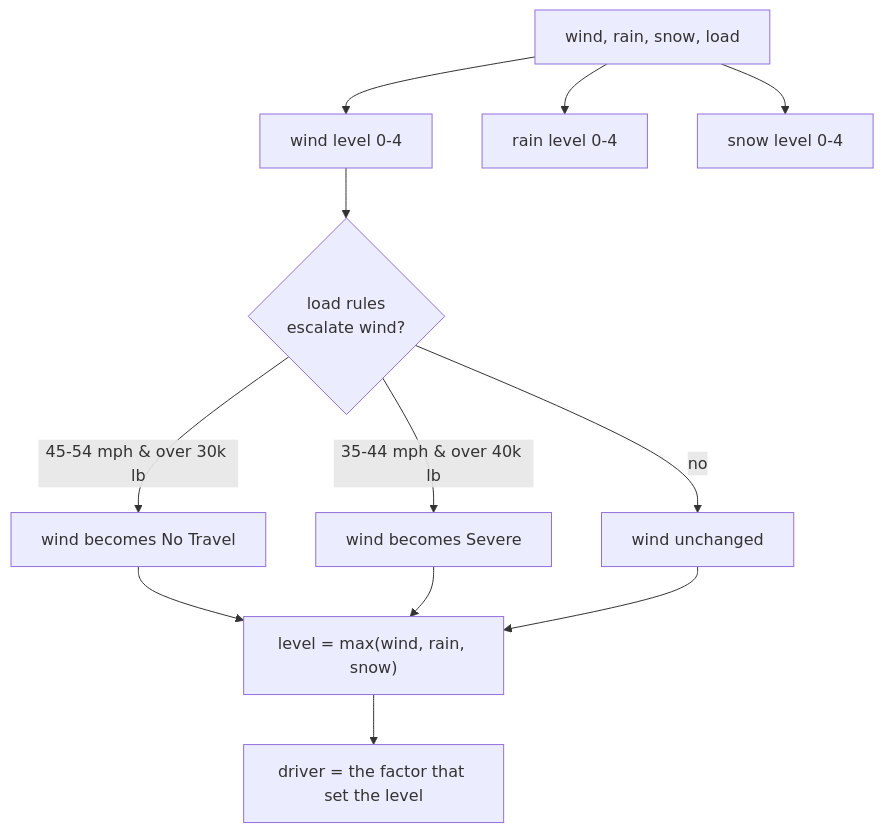
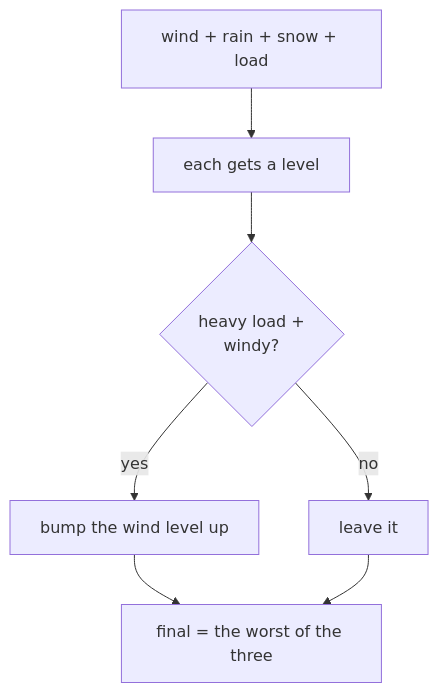
One commit to Maham-Anwaar/truck-routing changed the third of 5 diagrams in docs/WALKTHROUGH.md. Above: the diagram before and after it, drawn with Mermaid. The commit also changed other lines of this file, not shown here.

````diff
--- a/docs/WALKTHROUGH.md
+++ b/docs/WALKTHROUGH.md
@@ -178,14 +121,9 @@
 ```mermaid
 flowchart TD
-    A[wind, rain, snow, load] --> B[wind level 0-4]
-    A --> C[rain level 0-4]
-    A --> D[snow level 0-4]
-    B --> E{load rules<br/>escalate wind?}
-    E -->|"45-54 mph & over 30k lb"| F["wind becomes No Travel"]
-    E -->|"35-44 mph & over 40k lb"| G["wind becomes Severe"]
-    E -->|"no"| H[wind unchanged]
-    F --> I["level = max(wind, rain, snow)"]
-    G --> I
-    H --> I
-    I --> J["driver = the factor that set the level"]
+    A[wind + rain + snow + load] --> B[each gets a level]
+    B --> C{heavy load +<br/>windy?}
+    C -->|"yes"| D[bump the wind level up]
+    C -->|"no"| E[leave it]
+    D --> F["final = the worst of the three"]
+    E --> F
 ```
````
